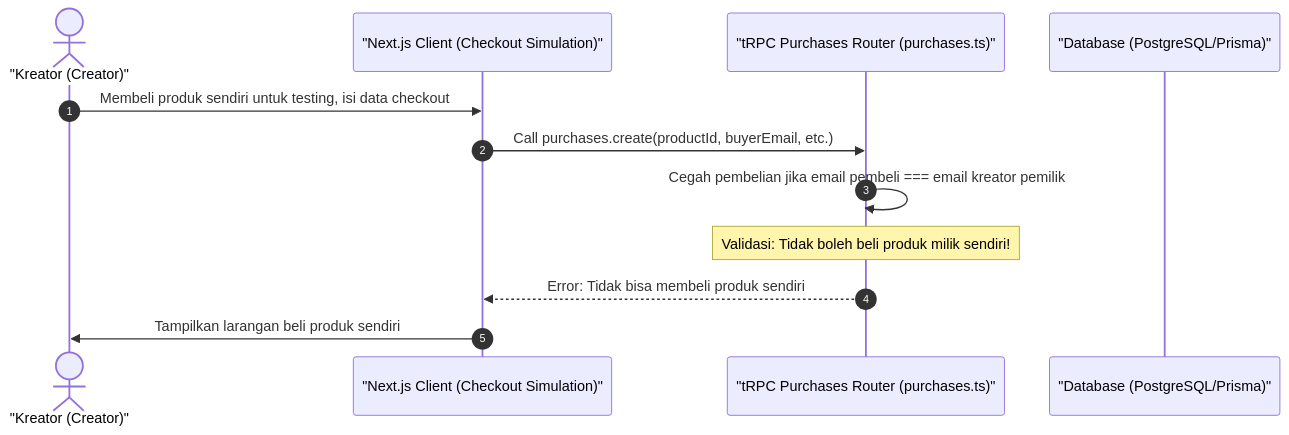
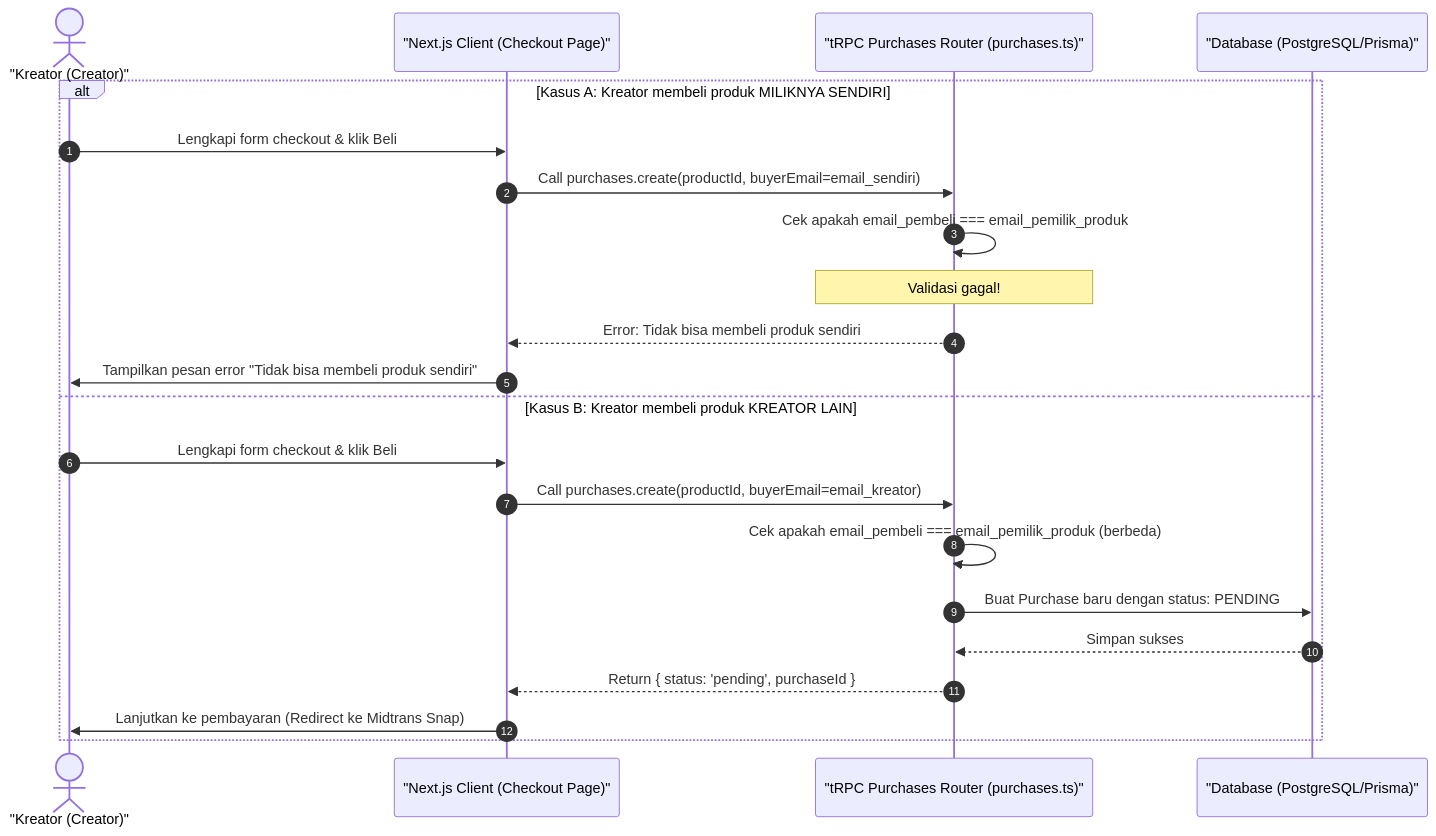
One commit to luputer/CuanIN changed the diagram in docs/38-creator-checkout.md. Above: the diagram before and after it, drawn with Mermaid. The commit also changed other lines of this file and 5 other files, not shown here.

Commit message:
feat: update sequence diagrams for creator registration flow, checkout validation, and Midtrans payment processes

````diff
--- a/docs/38-creator-checkout.md
+++ b/docs/38-creator-checkout.md
@@ -5,16 +5,26 @@
 ```mermaid
 sequenceDiagram
     autonumber
     actor Creator as "Kreator (Creator)"
-    participant Client as "Next.js Client (Checkout Simulation)"
+    participant Client as "Next.js Client (Checkout Page)"
     participant Server as "tRPC Purchases Router (purchases.ts)"
     participant DB as "Database (PostgreSQL/Prisma)"
 
-    Creator->>Client: Membeli produk sendiri untuk testing, isi data checkout
-    Client->>Server: Call purchases.create(productId, buyerEmail, etc.)
-    Server->>Server: Cegah pembelian jika email pembeli === email kreator pemilik
-    Note over Server: Validasi: Tidak boleh beli produk milik sendiri!
-    Server-->>Client: Error: Tidak bisa membeli produk sendiri
-    Client->>Creator: Tampilkan larangan beli produk sendiri
+    alt Kasus A: Kreator membeli produk MILIKNYA SENDIRI
+        Creator->>Client: Lengkapi form checkout & klik Beli
+        Client->>Server: Call purchases.create(productId, buyerEmail=email_sendiri)
+        Server->>Server: Cek apakah email_pembeli === email_pemilik_produk
+        Note over Server: Validasi gagal!
+        Server-->>Client: Error: Tidak bisa membeli produk sendiri
+        Client->>Creator: Tampilkan pesan error "Tidak bisa membeli produk sendiri"
+    else Kasus B: Kreator membeli produk KREATOR LAIN
+        Creator->>Client: Lengkapi form checkout & klik Beli
+        Client->>Server: Call purchases.create(productId, buyerEmail=email_kreator)
+        Server->>Server: Cek apakah email_pembeli === email_pemilik_produk (berbeda)
+        Server->>DB: Buat Purchase baru dengan status: PENDING
+        DB-->>Server: Simpan sukses
+        Server-->>Client: Return { status: 'pending', purchaseId }
+        Client->>Creator: Lanjutkan ke pembayaran (Redirect ke Midtrans Snap)
+    end
 
 ```
````
